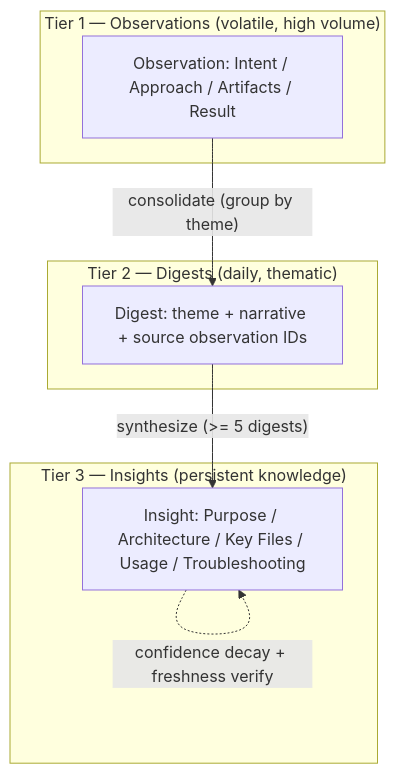
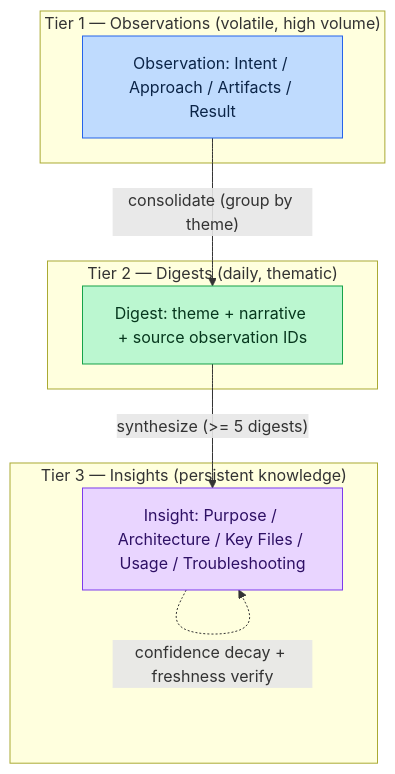
Before and after one commit to ritwik-ghosh09/Agent-Agnostic-Observational-Memory: the first of 9 diagrams in Observational_Memory.md, drawn with Mermaid. The commit also changed other lines of this file and 2 other files, not shown here.

````diff
--- a/Observational_Memory.md
+++ b/Observational_Memory.md
@@ -70,16 +72,23 @@
 ```mermaid
 graph TD
     subgraph Capture["Tier 1 — Observations (volatile, high volume)"]
         O1["Observation: Intent / Approach / Artifacts / Result"]
     end
     subgraph Daily["Tier 2 — Digests (daily, thematic)"]
         D1["Digest: theme + narrative + source observation IDs"]
     end
     subgraph Durable["Tier 3 — Insights (persistent knowledge)"]
         I1["Insight: Purpose / Architecture / Key Files / Usage / Troubleshooting"]
     end
 
     O1 -->|"consolidate (group by theme)"| D1
     D1 -->|"synthesize (>= 5 digests)"| I1
     I1 -.->|"confidence decay + freshness verify"| I1
+
+    classDef tier1 fill:#bfdbfe,stroke:#2563eb,stroke-width:1px,color:#0b2447;
+    classDef tier2 fill:#bbf7d0,stroke:#16a34a,stroke-width:1px,color:#06371d;
+    classDef tier3 fill:#e9d5ff,stroke:#7c3aed,stroke-width:1px,color:#2e1065;
+    class O1 tier1;
+    class D1 tier2;
+    class I1 tier3;
 ```
````
